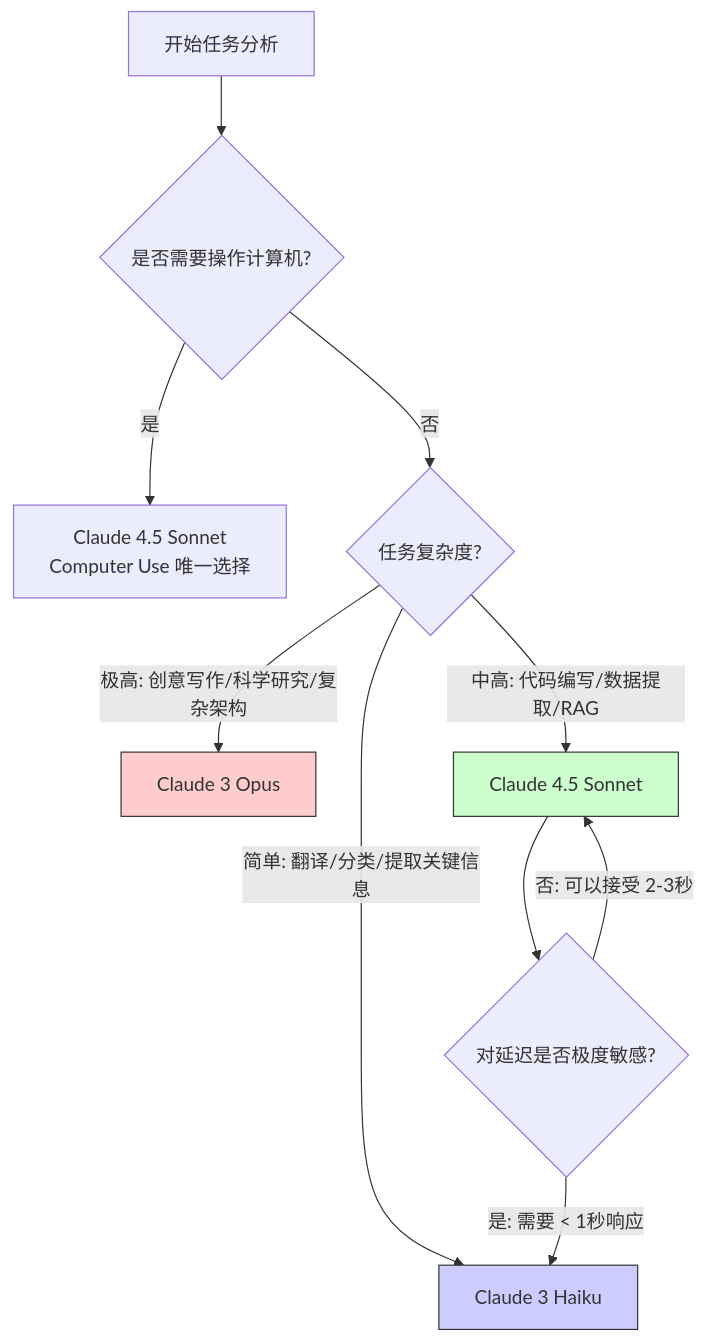
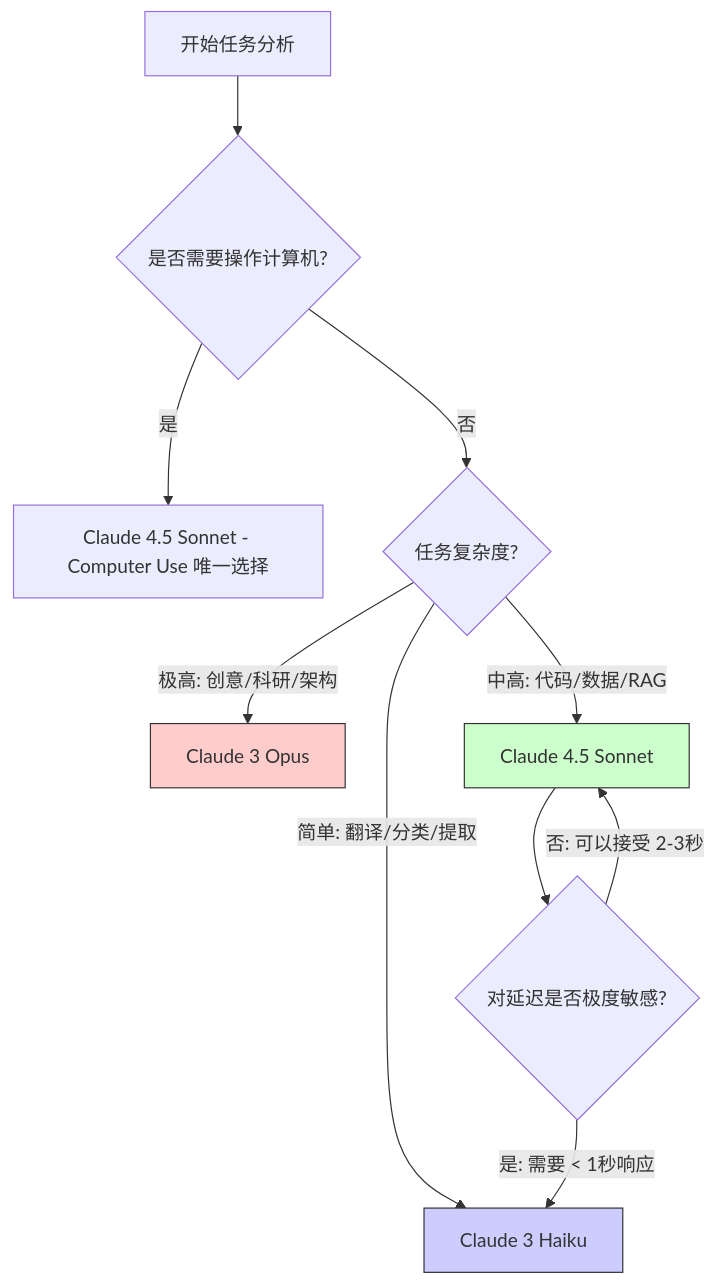
One commit to azaleta/claude_guide changed the diagram in 01_intro/1.4_model_selection.md. Above: the diagram before and after it, drawn with Mermaid. The commit also changed 9 other files, not shown here.

Commit message:
Fix mermaid code

````diff
--- a/01_intro/1.4_model_selection.md
+++ b/01_intro/1.4_model_selection.md
@@ -17,18 +17,18 @@
 ```mermaid
 graph TD
     Start[开始任务分析] --> Q1{是否需要操作计算机?}
-    Q1 -- 是 --> OpCS[Claude 4.5 Sonnet<br>Computer Use 唯一选择]
+    Q1 -- 是 --> OpCS["Claude 4.5 Sonnet - Computer Use 唯一选择"]
     Q1 -- 否 --> Q2{任务复杂度?}
     
-    Q2 -- 极高: 创意写作/科学研究/复杂架构 --> Opus[Claude 3 Opus]
-    Q2 -- 中高: 代码编写/数据提取/RAG --> Sonnet[Claude 4.5 Sonnet]
-    Q2 -- 简单: 翻译/分类/提取关键信息 --> Haiku[Claude 3 Haiku]
+    Q2 -- "极高: 创意/科研/架构" --> Opus[Claude 3 Opus]
+    Q2 -- "中高: 代码/数据/RAG" --> Sonnet[Claude 4.5 Sonnet]
+    Q2 -- "简单: 翻译/分类/提取" --> Haiku[Claude 3 Haiku]
     
     Sonnet --> Q3{对延迟是否极度敏感?}
-    Q3 -- 是: 需要 < 1秒响应 --> Haiku
-    Q3 -- 否: 可以接受 2-3秒 --> Sonnet
+    Q3 -- "是: 需要 < 1秒响应" --> Haiku
+    Q3 -- "否: 可以接受 2-3秒" --> Sonnet
     
     style Opus fill:#ffcccc,stroke:#333
     style Sonnet fill:#ccffcc,stroke:#333
     style Haiku fill:#ccccff,stroke:#333
 ```
````
